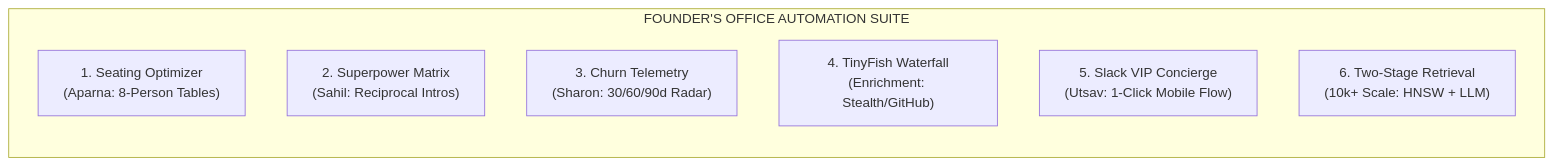
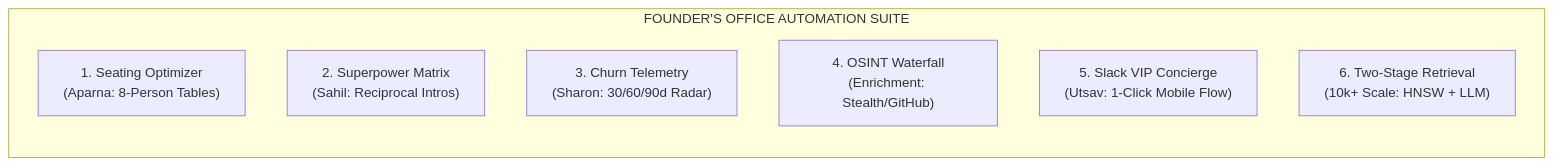
One commit to bhaktofmahakal/offline-os changed the second of 2 diagrams in ARCHITECTURE.md. Above: the diagram before and after it, drawn with Mermaid. The commit also changed other lines of this file and 9 other files, not shown here.

````diff
--- a/ARCHITECTURE.md
+++ b/ARCHITECTURE.md
@@ -224,11 +224,11 @@
 ```mermaid
 flowchart LR
     subgraph EXPANSION["FOUNDER'S OFFICE AUTOMATION SUITE"]
         B1["1. Seating Optimizer\n(Aparna: 8-Person Tables)"]
         B2["2. Superpower Matrix\n(Sahil: Reciprocal Intros)"]
         B3["3. Churn Telemetry\n(Sharon: 30/60/90d Radar)"]
-        B4["4. TinyFish Waterfall\n(Enrichment: Stealth/GitHub)"]
+        B4["4. OSINT Waterfall\n(Enrichment: Stealth/GitHub)"]
         B5["5. Slack VIP Concierge\n(Utsav: 1-Click Mobile Flow)"]
         B6["6. Two-Stage Retrieval\n(10k+ Scale: HNSW + LLM)"]
     end
 ```
````
